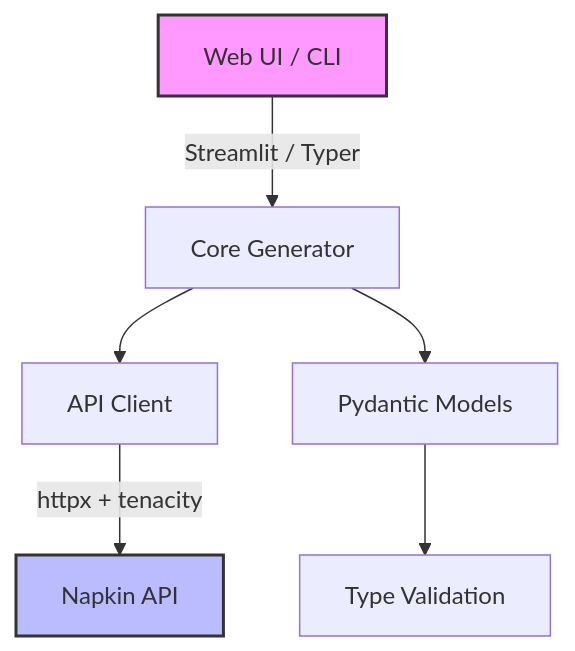
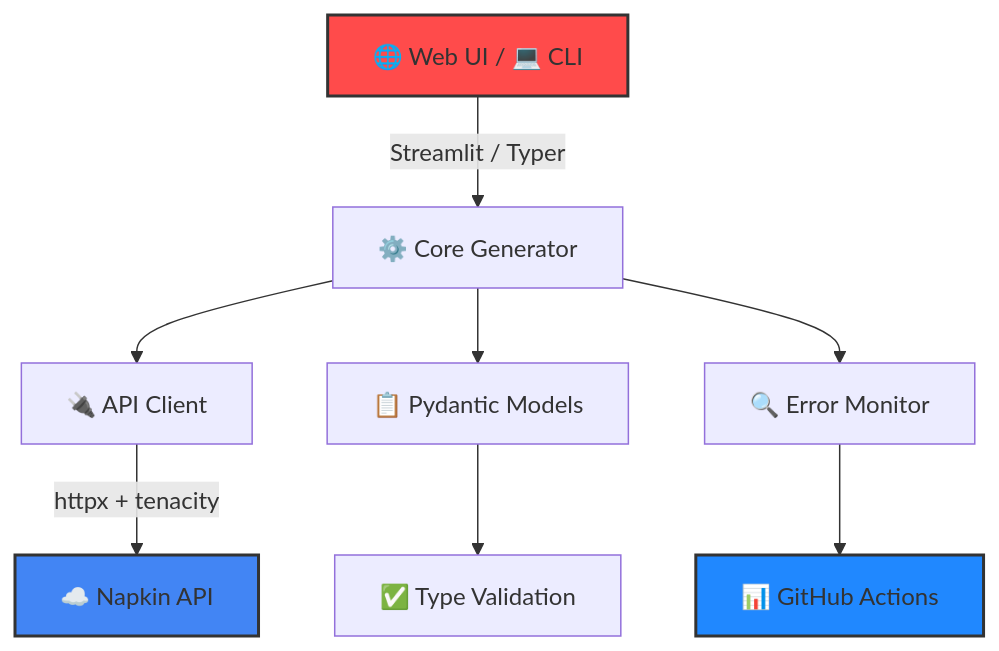
One commit to moshehbenavraham/Napkin-AI-API changed the diagram in README.md. Above: the diagram before and after it, drawn with Mermaid. The commit also changed other lines of this file, not shown here.

````diff
--- a/README.md
+++ b/README.md
@@ -176,11 +335,14 @@
 ```mermaid
 graph TD
-    A[Web UI / CLI] -->|Streamlit / Typer| B[Core Generator]
-    B --> C[API Client]
-    C -->|httpx + tenacity| D[Napkin API]
-    B --> E[Pydantic Models]
-    E --> F[Type Validation]
+    A[🌐 Web UI / 💻 CLI] -->|Streamlit / Typer| B[⚙️ Core Generator]
+    B --> C[🔌 API Client]
+    C -->|httpx + tenacity| D[☁️ Napkin API]
+    B --> E[📋 Pydantic Models]
+    E --> F[✅ Type Validation]
+    B --> G[🔍 Error Monitor]
+    G --> H[📊 GitHub Actions]
     
-    style A fill:#f9f,stroke:#333,stroke-width:2px
-    style D fill:#bbf,stroke:#333,stroke-width:2px
+    style A fill:#FF4B4B,stroke:#333,stroke-width:2px
+    style D fill:#4285F4,stroke:#333,stroke-width:2px
+    style H fill:#2088FF,stroke:#333,stroke-width:2px
 ```
````
